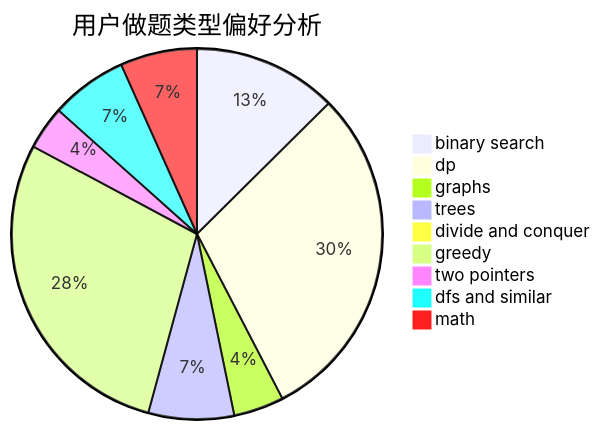
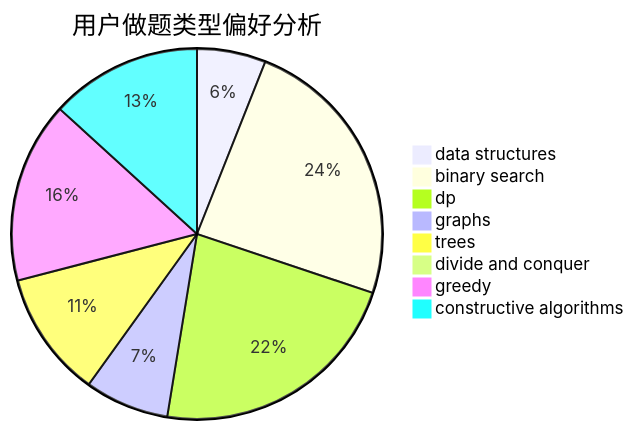
Before and after one commit to sherpahu/cfrs.github.io: the second of 3 diagrams in docs/user/u1742.md, drawn with Mermaid. The commit also changed other lines of this file and 2775 other files, not shown here.

````diff
--- a/docs/user/u1742.md
+++ b/docs/user/u1742.md
@@ -23,12 +23,11 @@
 ```mermaid
 pie title 用户做题类型偏好分析
-    "binary search" :  212
-    "dp" :  503
-    "graphs" :  74
-    "trees" :  126
-    "divide and conquer" :  6
-    "greedy" :  482
-    "two pointers" :  64
-    "dfs and similar" :  113
-    "math" :  113
+    "data structures" :  49
+    "binary search" :  197
+    "dp" :  183
+    "graphs" :  60
+    "trees" :  90
+    "divide and conquer" :  0
+    "greedy" :  129
+    "constructive algorithms" :  108
 ```
````
